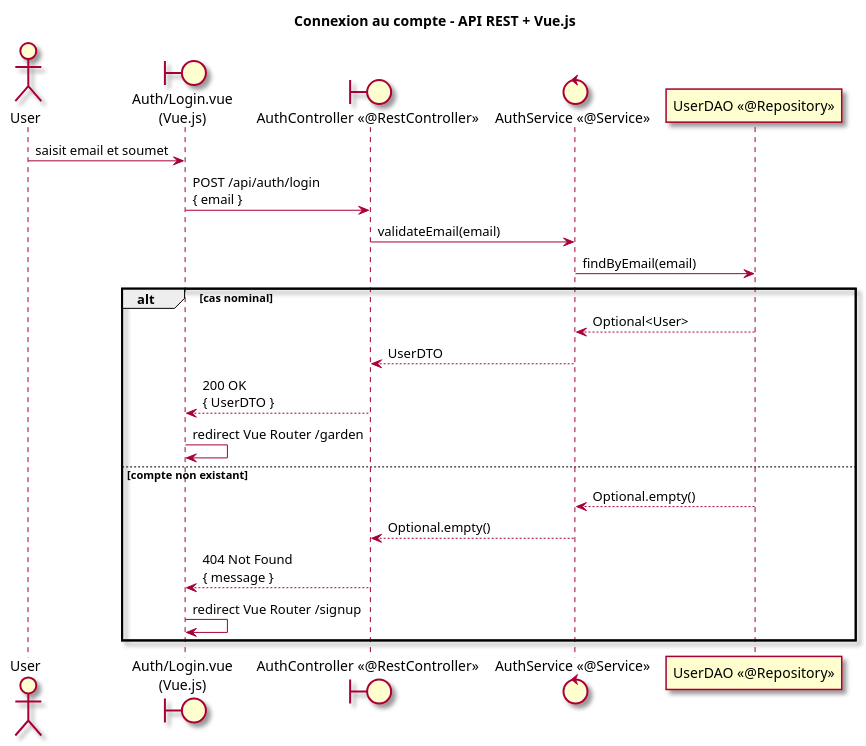
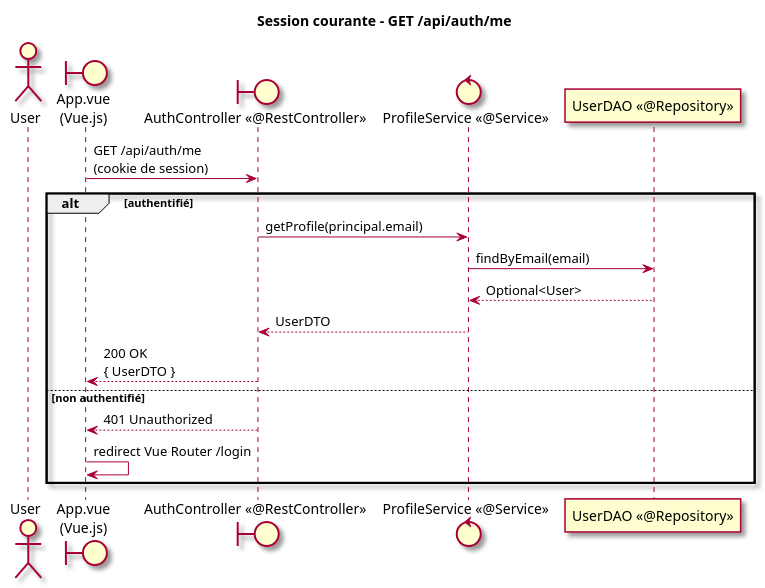
One commit to olivaux/planpotager changed the fifth of 50 diagrams in specs/03_Conception_V1.0.md. Above: the diagram before and after it, drawn with PlantUML. The commit also changed other lines of this file and 19 other files, not shown here.

```diff
--- a/specs/03_Conception_V1.0.md
+++ b/specs/03_Conception_V1.0.md
@@ -673,32 +694,28 @@
 ~~~plantuml
 @startuml
-title Connexion au compte - API REST + Vue.js
+title Session courante - GET /api/auth/me
 skin rose
 
 actor User as u
-boundary "Auth/Login.vue\n(Vue.js)" as vue
+boundary "App.vue\n(Vue.js)" as vue
 boundary "AuthController <<@RestController>>" as ctrl
-control "AuthService <<@Service>>" as svc
+control "ProfileService <<@Service>>" as svc
 participant "UserDAO <<@Repository>>" as repo
 
-u -> vue : saisit email et soumet
-vue -> ctrl : POST /api/auth/login\n{ email }
-ctrl -> svc : validateEmail(email)
+vue -> ctrl : GET /api/auth/me\n(cookie de session)
+
+alt authentifié
+ctrl -> svc : getProfile(principal.email)
 svc -> repo : findByEmail(email)
-
-alt cas nominal
 repo --> svc : Optional<User>
 svc --> ctrl : UserDTO
 ctrl --> vue : 200 OK\n{ UserDTO }
-vue -> vue : redirect Vue Router /garden
 
-else compte non existant
-repo --> svc : Optional.empty()
-svc --> ctrl : Optional.empty()
-ctrl --> vue : 404 Not Found\n{ message }
-vue -> vue : redirect Vue Router /signup
+else non authentifié
+ctrl --> vue : 401 Unauthorized
+vue -> vue : redirect Vue Router /login
 
 end
 
 @enduml
 ~~~
```
